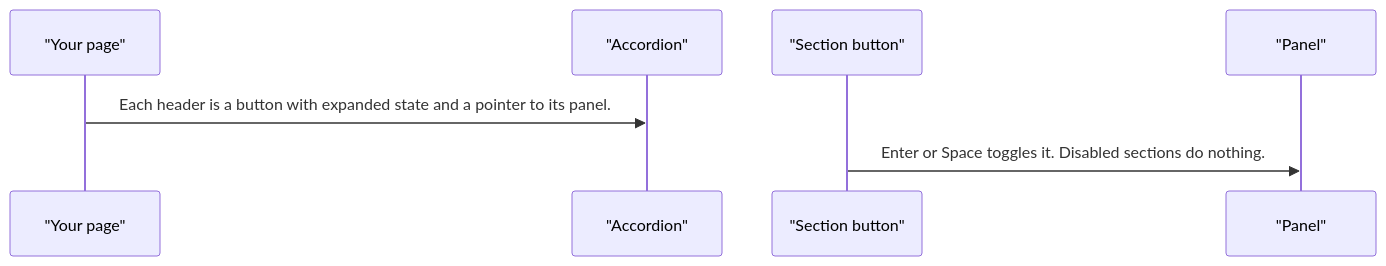
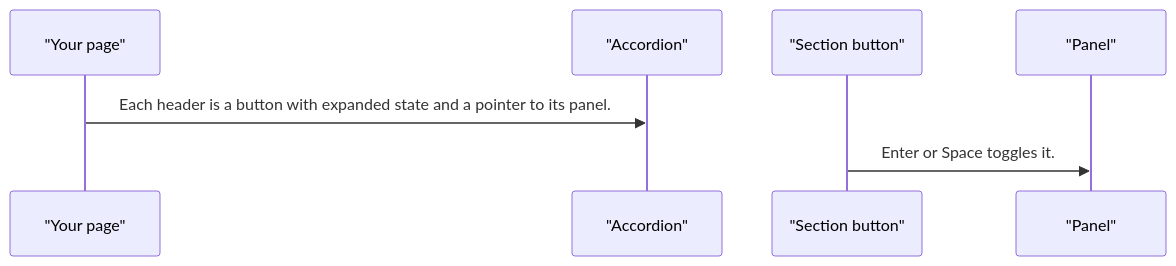
The second of 3 diagrams in projects/pixel-ui/src/lib/pixel-accordion/DESIGN.md (RajshekharBorate/pixel-ui), drawn with Mermaid before and after one commit. The commit also changed other lines of this file and 80 other files, not shown here.

Commit message:
Fill missing design flows and correct the stories that did not match component behavior.

````diff
--- a/projects/pixel-ui/src/lib/pixel-accordion/DESIGN.md
+++ b/projects/pixel-ui/src/lib/pixel-accordion/DESIGN.md
@@ -45,9 +45,9 @@
 ```mermaid
 sequenceDiagram
   participant page as "Your page"
   participant acc as "Accordion"
   participant header as "Section button"
   participant panel as "Panel"
   page->>acc: Each header is a button with expanded state and a pointer to its panel.
-  header->>panel: Enter or Space toggles it. Disabled sections do nothing.
+  header->>panel: Enter or Space toggles it.
 ```
````
